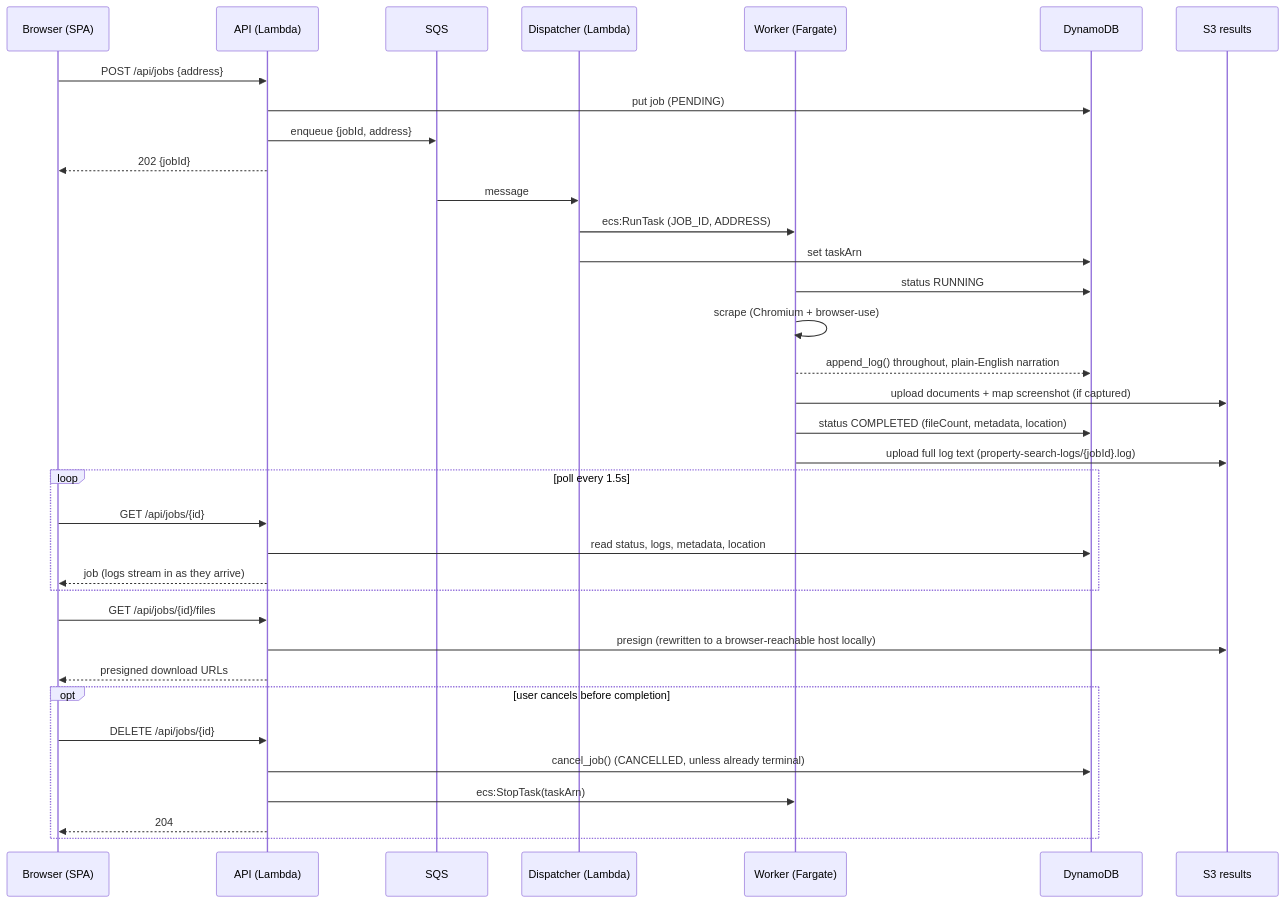
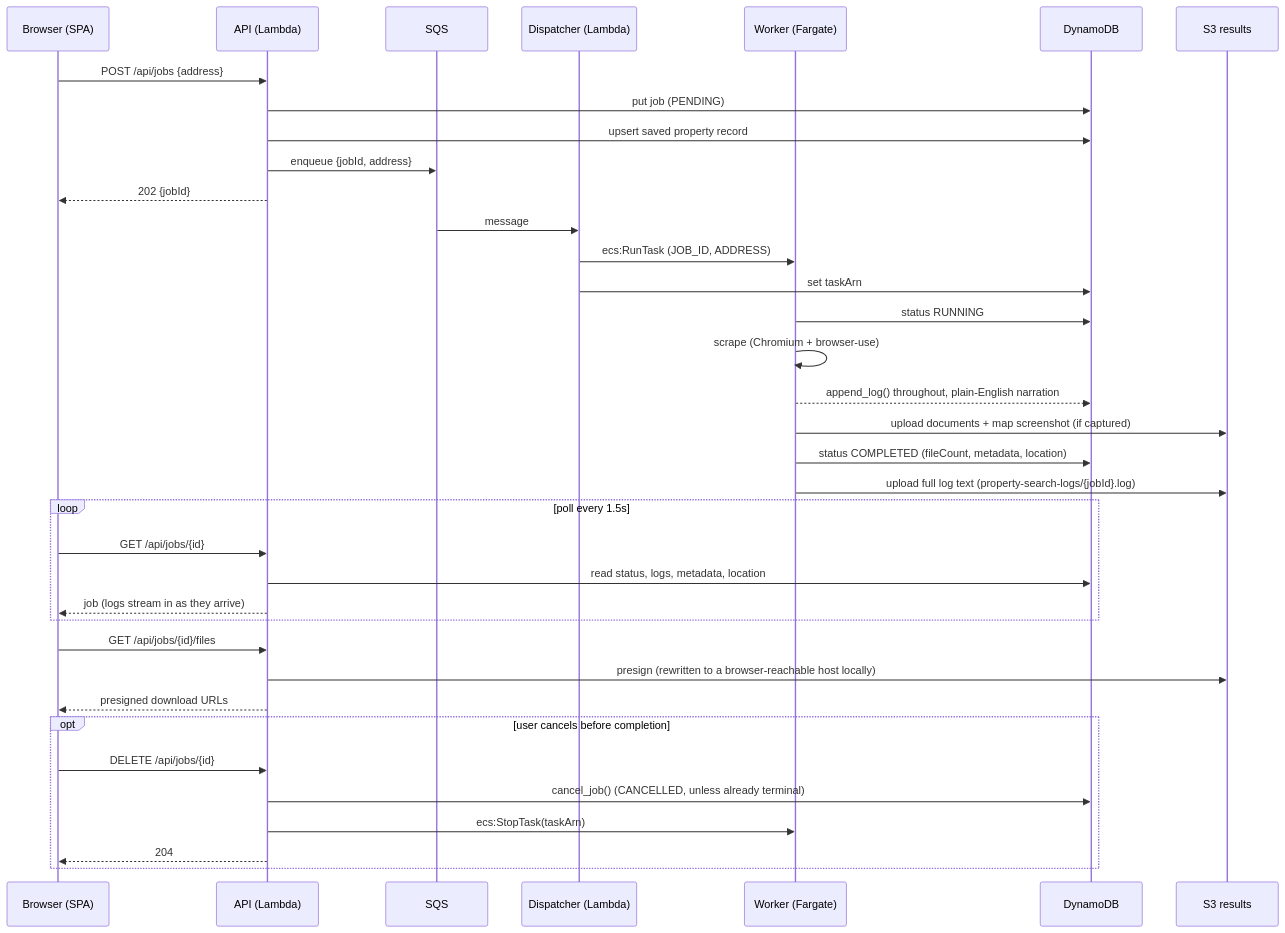
Before and after one commit to jjacks25/survey-art: the second of 4 diagrams in docs/architecture.md, drawn with Mermaid. The commit also changed other lines of this file and 11 other files, not shown here.

````diff
--- a/docs/architecture.md
+++ b/docs/architecture.md
@@ -74,39 +76,40 @@
 ```mermaid
 sequenceDiagram
     participant U as Browser (SPA)
     participant A as API (Lambda)
     participant Q as SQS
     participant D as Dispatcher (Lambda)
     participant W as Worker (Fargate)
     participant DB as DynamoDB
     participant S3 as S3 results
 
     U->>A: POST /api/jobs {address}
     A->>DB: put job (PENDING)
+    A->>DB: upsert saved property record
     A->>Q: enqueue {jobId, address}
     A-->>U: 202 {jobId}
     Q->>D: message
     D->>W: ecs:RunTask (JOB_ID, ADDRESS)
     D->>DB: set taskArn
     W->>DB: status RUNNING
     W->>W: scrape (Chromium + browser-use)
     W-->>DB: append_log() throughout, plain-English narration
     W->>S3: upload documents + map screenshot (if captured)
     W->>DB: status COMPLETED (fileCount, metadata, location)
     W->>S3: upload full log text (property-search-logs/{jobId}.log)
     loop poll every 1.5s
         U->>A: GET /api/jobs/{id}
         A->>DB: read status, logs, metadata, location
         A-->>U: job (logs stream in as they arrive)
     end
     U->>A: GET /api/jobs/{id}/files
     A->>S3: presign (rewritten to a browser-reachable host locally)
     A-->>U: presigned download URLs
 
     opt user cancels before completion
         U->>A: DELETE /api/jobs/{id}
         A->>DB: cancel_job() (CANCELLED, unless already terminal)
         A->>W: ecs:StopTask(taskArn)
         A-->>U: 204
     end
 ```
````
